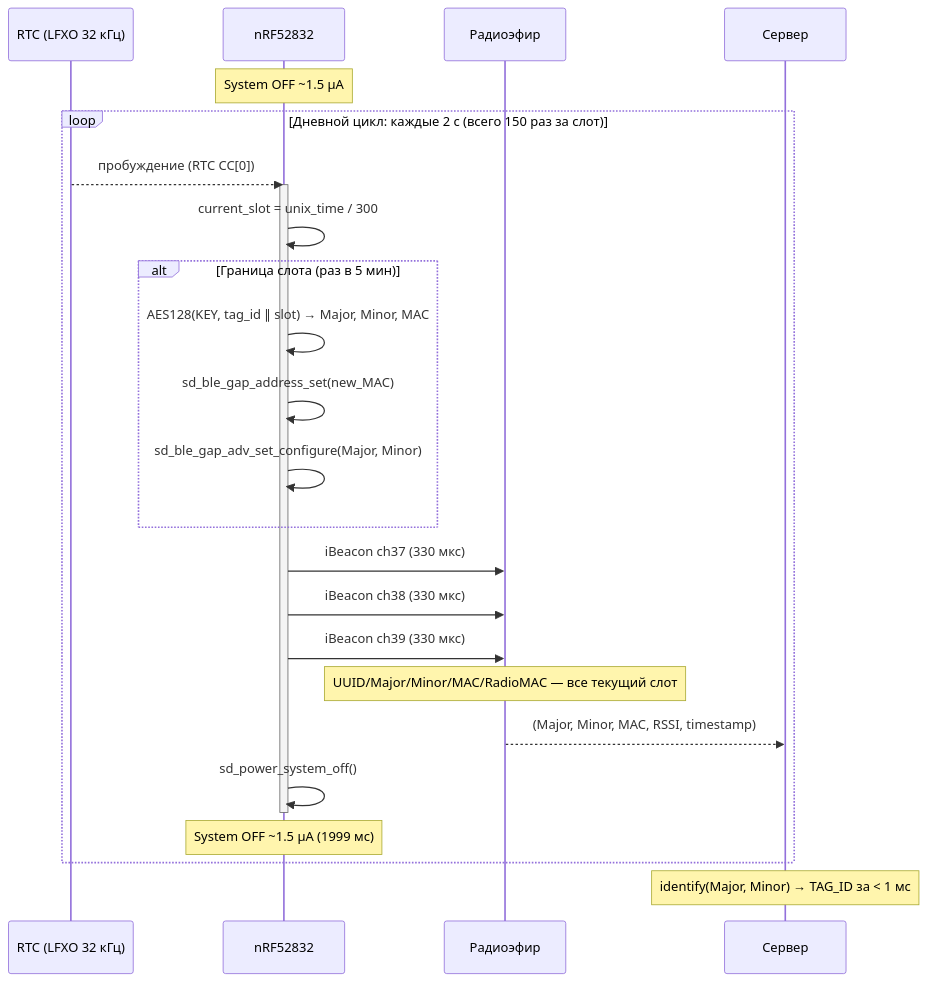
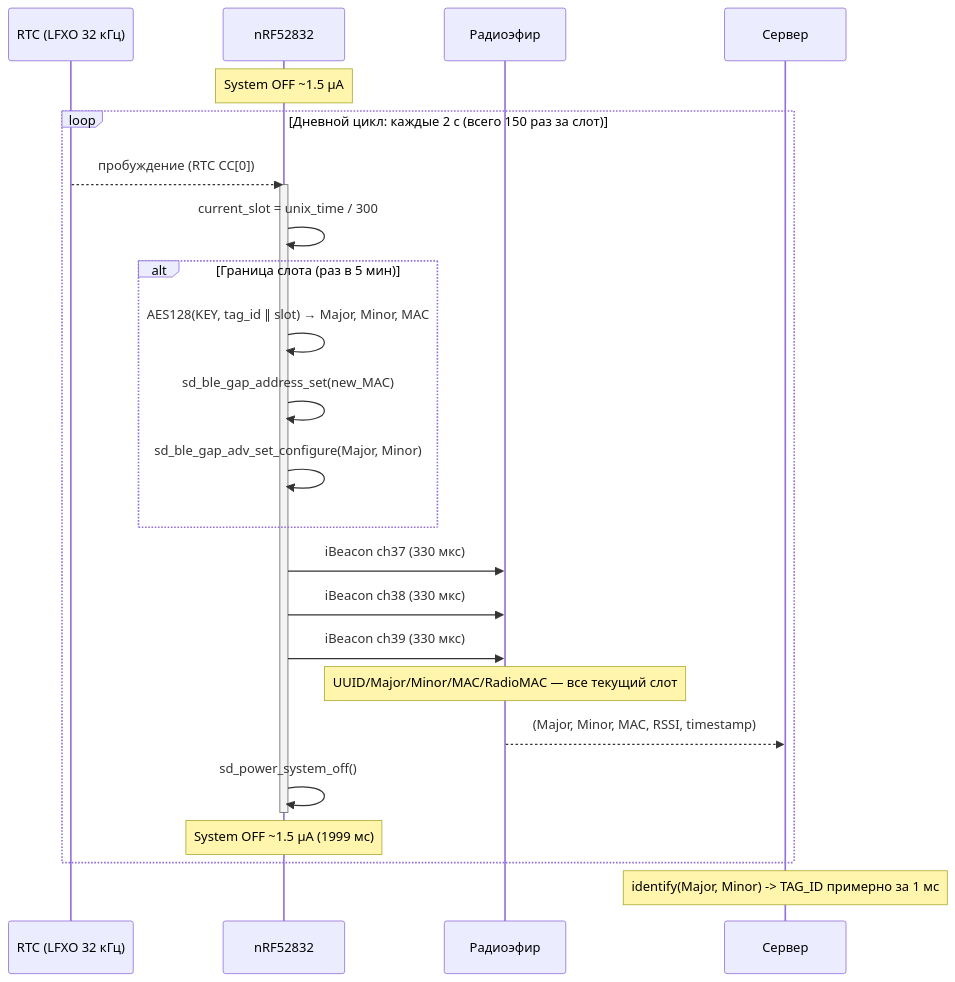
One commit to sayr777/dynamic-iBeacon changed the second of 3 diagrams in docs/protocol.md. Above: the diagram before and after it, drawn with Mermaid. The commit also changed other lines of this file and 33 other files, not shown here.

````diff
--- a/docs/protocol.md
+++ b/docs/protocol.md
@@ -98,37 +98,37 @@
 ```mermaid
 sequenceDiagram
     participant RTC  as RTC (LFXO 32 кГц)
     participant MCU  as nRF52832
     participant AIR  as Радиоэфир
     participant SRV  as Сервер
 
     Note over MCU: System OFF ~1.5 µА
 
     loop Дневной цикл: каждые 2 с (всего 150 раз за слот)
 
         RTC  -->> MCU  : пробуждение (RTC CC[0])
         activate MCU
 
         MCU  ->>  MCU  : current_slot = unix_time / 300
 
         alt Граница слота (раз в 5 мин)
             MCU  ->>  MCU  : AES128(KEY, tag_id ∥ slot) → Major, Minor, MAC
             MCU  ->>  MCU  : sd_ble_gap_address_set(new_MAC)
             MCU  ->>  MCU  : sd_ble_gap_adv_set_configure(Major, Minor)
         end
 
         MCU  ->>  AIR  : iBeacon ch37 (330 мкс)
         MCU  ->>  AIR  : iBeacon ch38 (330 мкс)
         MCU  ->>  AIR  : iBeacon ch39 (330 мкс)
         Note over AIR  : UUID/Major/Minor/MAC/RadioMAC — все текущий слот
 
         AIR  -->> SRV  : (Major, Minor, MAC, RSSI, timestamp)
 
         MCU  ->>  MCU  : sd_power_system_off()
         deactivate MCU
 
         Note over MCU: System OFF ~1.5 µА (1999 мс)
     end
 
-    Note over SRV: identify(Major, Minor) → TAG_ID за < 1 мс
+    Note over SRV: identify(Major, Minor) -> TAG_ID примерно за 1 мс
 ```
````
